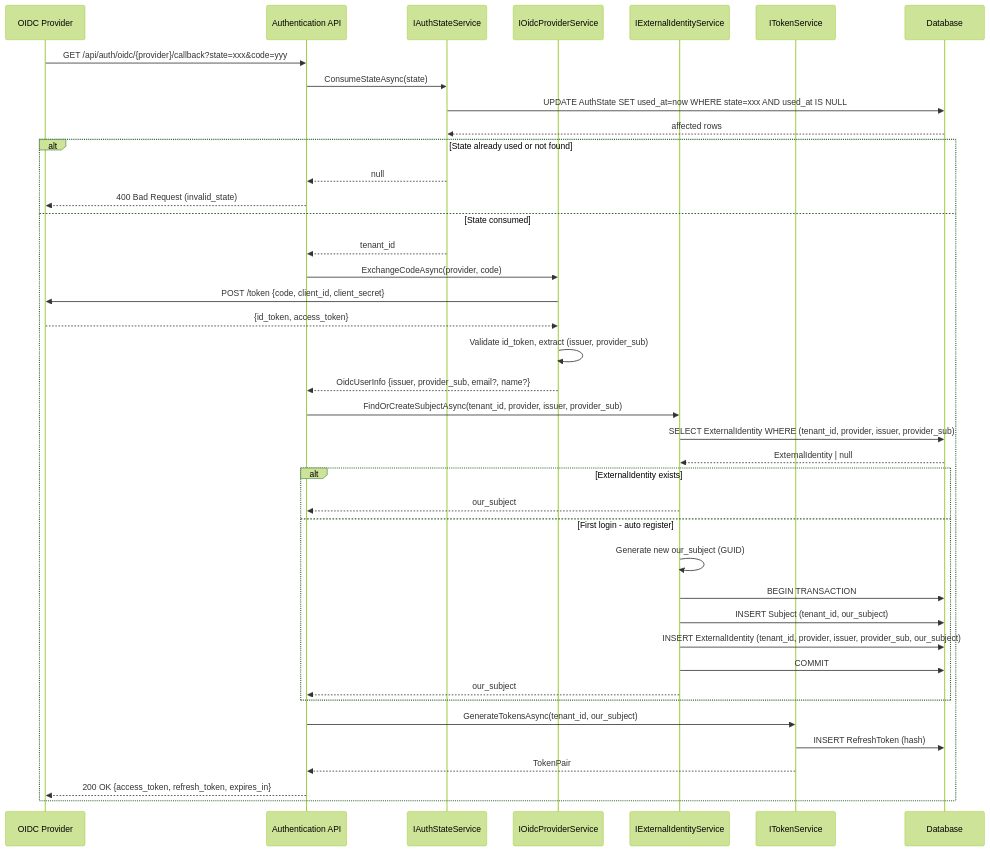
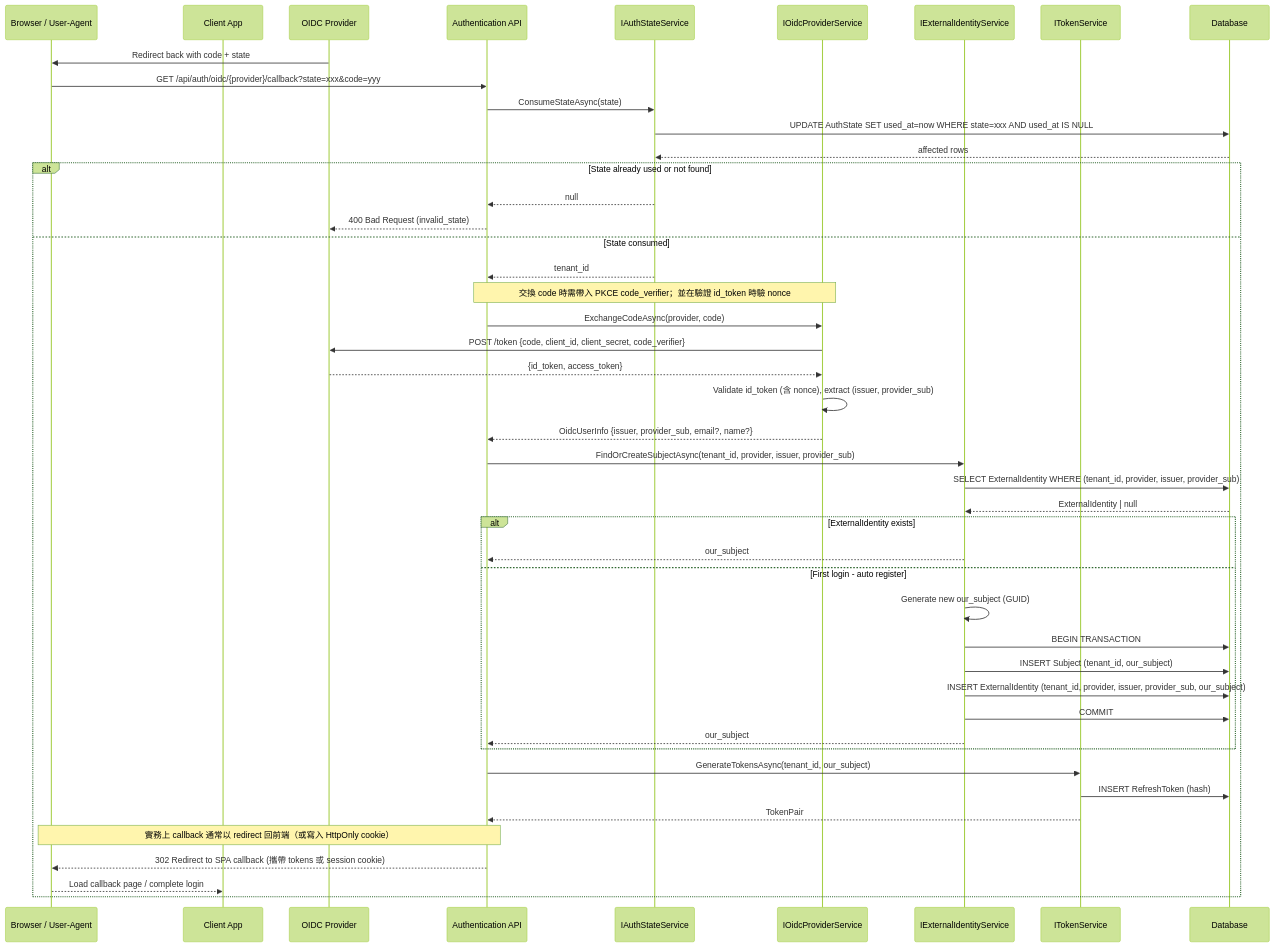
The fourth of 10 diagrams in docs/SequenceDiagrams.md (Bird73/Service), drawn with Mermaid (forest theme) before and after one commit. The commit also changed other lines of this file and 2 other files, not shown here.

Commit message:
Fix sequence diagrams (PKCE/nonce, authz claims) and add denylist abstraction

````diff
--- a/docs/SequenceDiagrams.md
+++ b/docs/SequenceDiagrams.md
@@ -102,47 +107,53 @@
 ```mermaid
 sequenceDiagram
+    participant B as Browser / User-Agent
+    participant SPA as Client App
     participant P as OIDC Provider
     participant API as Authentication API
     participant SS as IAuthStateService
     participant PS as IOidcProviderService
     participant ES as IExternalIdentityService
     participant TS as ITokenService
     participant DB as Database
 
-    P->>API: GET /api/auth/oidc/{provider}/callback?state=xxx&code=yyy
+    P->>B: Redirect back with code + state
+    B->>API: GET /api/auth/oidc/{provider}/callback?state=xxx&code=yyy
     API->>SS: ConsumeStateAsync(state)
     SS->>DB: UPDATE AuthState SET used_at=now WHERE state=xxx AND used_at IS NULL
     DB-->>SS: affected rows
 
     alt State already used or not found
         SS-->>API: null
         API-->>P: 400 Bad Request (invalid_state)
     else State consumed
         SS-->>API: tenant_id
+        note over API,PS: 交換 code 時需帶入 PKCE code_verifier；並在驗證 id_token 時驗 nonce
         API->>PS: ExchangeCodeAsync(provider, code)
-        PS->>P: POST /token {code, client_id, client_secret}
+        PS->>P: POST /token {code, client_id, client_secret, code_verifier}
         P-->>PS: {id_token, access_token}
-        PS->>PS: Validate id_token, extract (issuer, provider_sub)
+        PS->>PS: Validate id_token (含 nonce), extract (issuer, provider_sub)
         PS-->>API: OidcUserInfo {issuer, provider_sub, email?, name?}
 
         API->>ES: FindOrCreateSubjectAsync(tenant_id, provider, issuer, provider_sub)
         ES->>DB: SELECT ExternalIdentity WHERE (tenant_id, provider, issuer, provider_sub)
         DB-->>ES: ExternalIdentity | null
 
         alt ExternalIdentity exists
             ES-->>API: our_subject
         else First login - auto register
             ES->>ES: Generate new our_subject (GUID)
             ES->>DB: BEGIN TRANSACTION
             ES->>DB: INSERT Subject (tenant_id, our_subject)
             ES->>DB: INSERT ExternalIdentity (tenant_id, provider, issuer, provider_sub, our_subject)
             ES->>DB: COMMIT
             ES-->>API: our_subject
         end
 
         API->>TS: GenerateTokensAsync(tenant_id, our_subject)
         TS->>DB: INSERT RefreshToken (hash)
         TS-->>API: TokenPair
-        API-->>P: 200 OK {access_token, refresh_token, expires_in}
+        note over API,B: 實務上 callback 通常以 redirect 回前端（或寫入 HttpOnly cookie）
+        API-->>B: 302 Redirect to SPA callback (攜帶 tokens 或 session cookie)
+        B-->>SPA: Load callback page / complete login
     end
 ```
````
